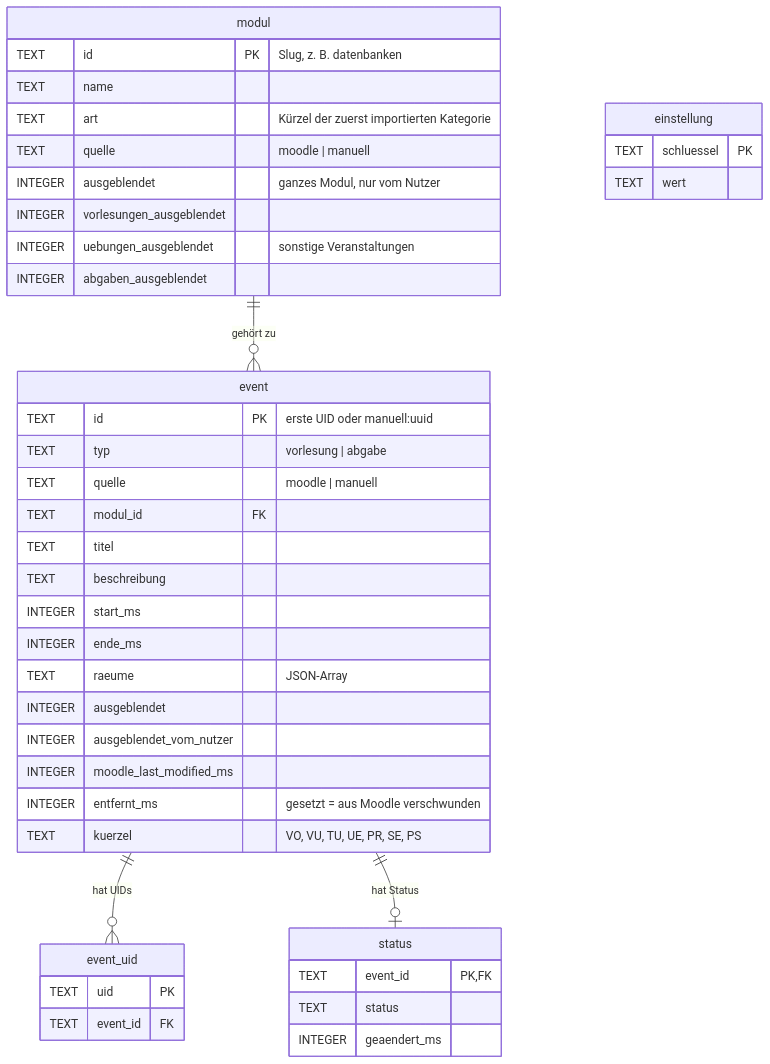
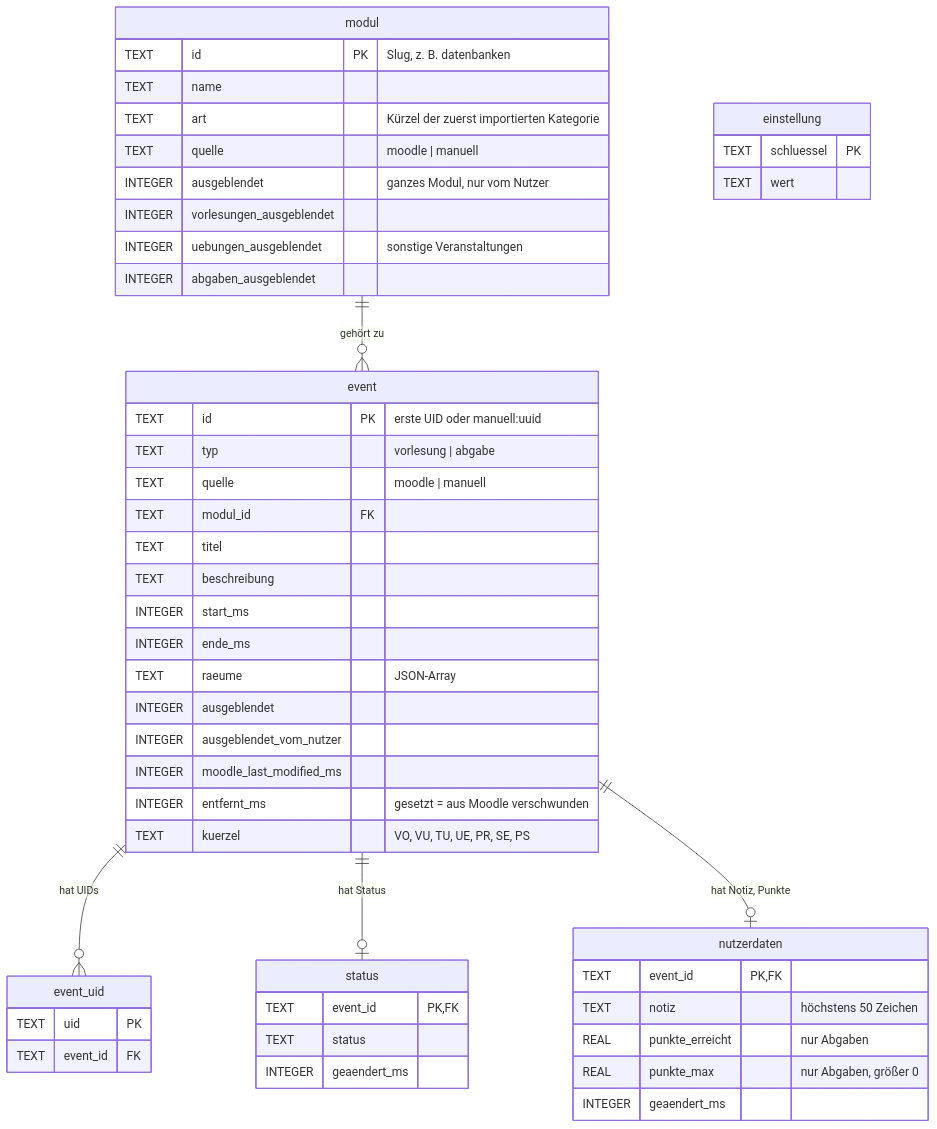
Before and after one commit to EreDem/UniPlanner: the first of 4 diagrams in uni-planer/docs/datenmodell.md, drawn with Mermaid. The commit also changed other lines of this file and 10 other files, not shown here.

````diff
--- a/uni-planer/docs/datenmodell.md
+++ b/uni-planer/docs/datenmodell.md
@@ -7,46 +7,54 @@
 ```mermaid
 erDiagram
     modul ||--o{ event : "gehört zu"
     event ||--o{ event_uid : "hat UIDs"
     event ||--o| status : "hat Status"
+    event ||--o| nutzerdaten : "hat Notiz, Punkte"
 
     modul {
         TEXT id PK "Slug, z. B. datenbanken"
         TEXT name
         TEXT art "Kürzel der zuerst importierten Kategorie"
         TEXT quelle "moodle | manuell"
         INTEGER ausgeblendet "ganzes Modul, nur vom Nutzer"
         INTEGER vorlesungen_ausgeblendet
         INTEGER uebungen_ausgeblendet "sonstige Veranstaltungen"
         INTEGER abgaben_ausgeblendet
     }
     event {
         TEXT id PK "erste UID oder manuell:uuid"
         TEXT typ "vorlesung | abgabe"
         TEXT quelle "moodle | manuell"
         TEXT modul_id FK
         TEXT titel
         TEXT beschreibung
         INTEGER start_ms
         INTEGER ende_ms
         TEXT raeume "JSON-Array"
         INTEGER ausgeblendet
         INTEGER ausgeblendet_vom_nutzer
         INTEGER moodle_last_modified_ms
         INTEGER entfernt_ms "gesetzt = aus Moodle verschwunden"
         TEXT kuerzel "VO, VU, TU, UE, PR, SE, PS"
     }
     event_uid {
         TEXT uid PK
         TEXT event_id FK
     }
     status {
         TEXT event_id PK, FK
         TEXT status
         INTEGER geaendert_ms
     }
+    nutzerdaten {
+        TEXT event_id PK, FK
+        TEXT notiz "höchstens 50 Zeichen"
+        REAL punkte_erreicht "nur Abgaben"
+        REAL punkte_max "nur Abgaben, größer 0"
+        INTEGER geaendert_ms
+    }
     einstellung {
         TEXT schluessel PK
         TEXT wert
     }
 ```
````
